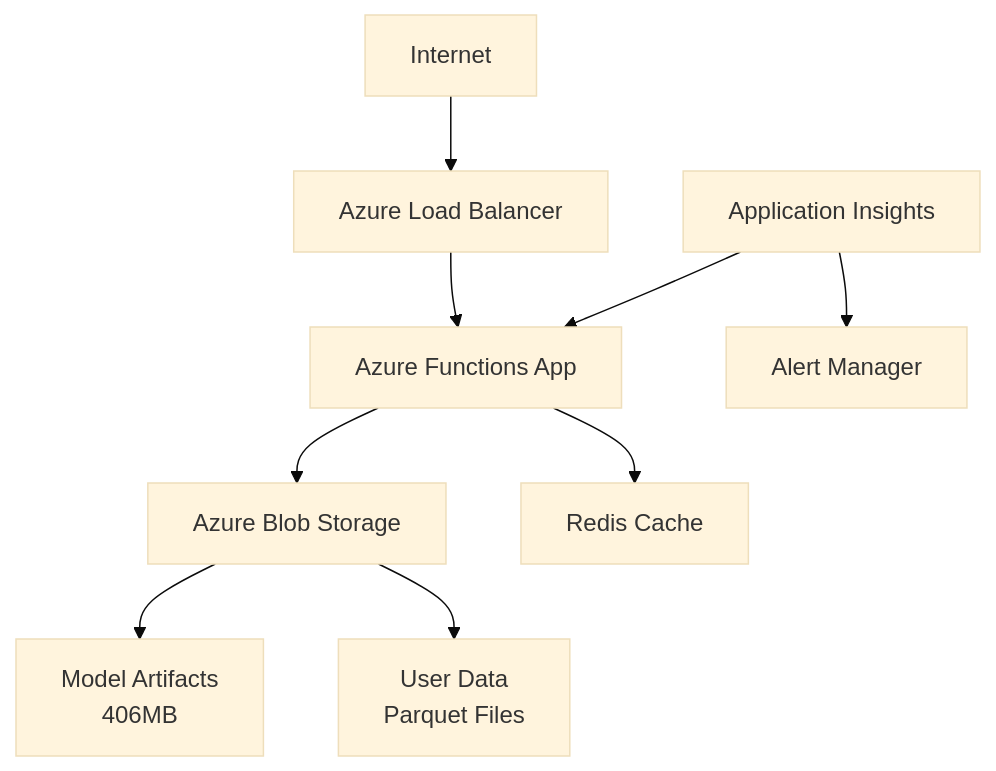
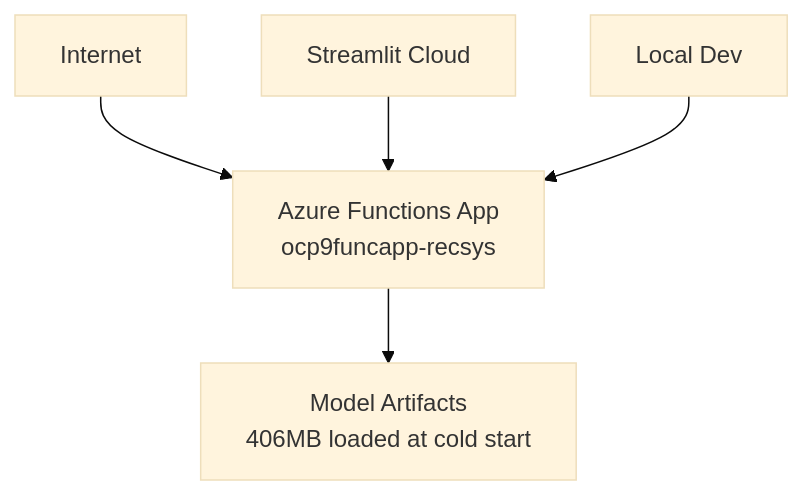
The second of 3 diagrams in docs/architecture/README.md (cool-machine/hybrid-recommendation-system), drawn with Mermaid (base theme) before and after one commit. The commit also changed other lines of this file and 9 other files, not shown here.

````diff
--- a/docs/architecture/README.md
+++ b/docs/architecture/README.md
@@ -63,13 +59,8 @@
 ```mermaid
 graph TB
-    Internet[Internet] --> LB[Azure Load Balancer]
-    LB --> Func[Azure Functions App]
-    Func --> Storage[Azure Blob Storage]
-    Func --> Cache[Redis Cache]
+    Internet[Internet] --> Func[Azure Functions App<br/>ocp9funcapp-recsys]
+    Func --> Artifacts[Model Artifacts<br/>406MB loaded at cold start]
     
-    Storage --> Models[Model Artifacts<br/>406MB]
-    Storage --> Data[User Data<br/>Parquet Files]
-    
-    Monitor[Application Insights] --> Func
-    Monitor --> Alerts[Alert Manager]
+    StreamlitCloud[Streamlit Cloud] --> Func
+    LocalDev[Local Dev] --> Func
 ```
````
